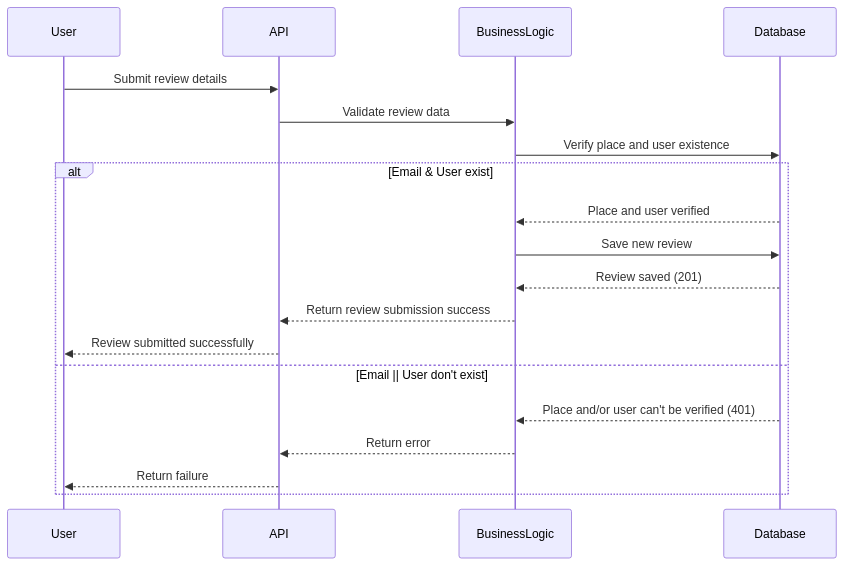
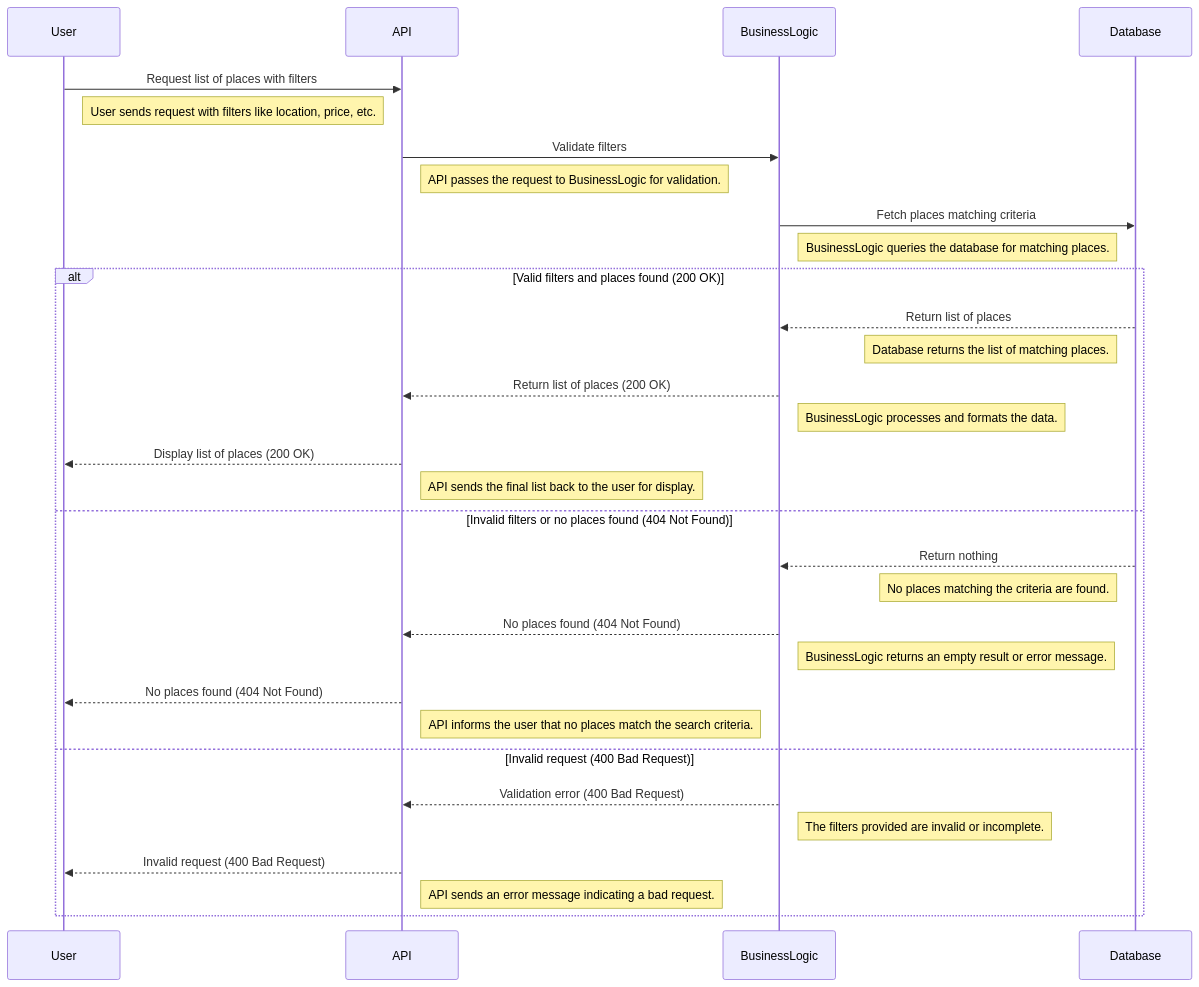
Before and after one commit to Basco64/HBNB_UML: the diagram in 2.Review.md, drawn with Mermaid.

````diff
--- a/2.Review.md
+++ b/2.Review.md
@@ -1,23 +1,37 @@
 ```mermaid
 sequenceDiagram
     participant User
     participant API
     participant BusinessLogic
     participant Database
 
-    User->>API: Submit review details
-    API->>BusinessLogic: Validate review data
-    BusinessLogic->>Database: Verify place and user existence
+    User->>API: Request list of places with filters
+    note right of User: User sends request with filters like location, price, etc.
+    
+    API->>BusinessLogic: Validate filters
+    note right of API: API passes the request to BusinessLogic for validation.
+    
+    BusinessLogic->>Database: Fetch places matching criteria
+    note right of BusinessLogic: BusinessLogic queries the database for matching places.
 
-    alt Email & User exist
-        Database-->>BusinessLogic: Place and user verified
-        BusinessLogic->>Database: Save new review
-        Database-->>BusinessLogic: Review saved (201)
-        BusinessLogic-->>API: Return review submission success
-        API-->>User: Review submitted successfully
-    else Email || User don't exist
-        Database-->>BusinessLogic: Place and/or user can't be verified (401)
-        BusinessLogic-->>API: Return error
-        API-->>User: Return failure
+    alt Valid filters and places found (200 OK)
+        Database-->>BusinessLogic: Return list of places
+        note left of Database: Database returns the list of matching places.
+        BusinessLogic-->>API: Return list of places (200 OK)
+        note right of BusinessLogic: BusinessLogic processes and formats the data.
+        API-->>User: Display list of places (200 OK)
+        note right of API: API sends the final list back to the user for display.
+    else Invalid filters or no places found (404 Not Found)
+        Database-->>BusinessLogic: Return nothing
+        note left of Database: No places matching the criteria are found.
+        BusinessLogic-->>API: No places found (404 Not Found)
+        note right of BusinessLogic: BusinessLogic returns an empty result or error message.
+        API-->>User: No places found (404 Not Found)
+        note right of API: API informs the user that no places match the search criteria.
+    else Invalid request (400 Bad Request)
+        BusinessLogic-->>API: Validation error (400 Bad Request)
+        note right of BusinessLogic: The filters provided are invalid or incomplete.
+        API-->>User: Invalid request (400 Bad Request)
+        note right of API: API sends an error message indicating a bad request.
     end
 ```
````
